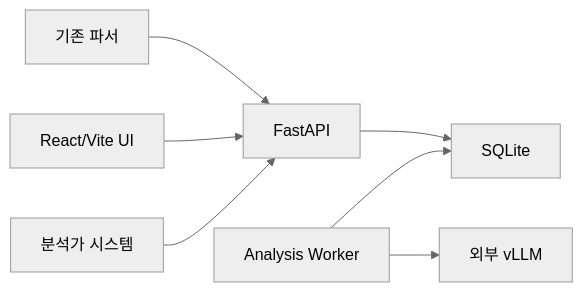
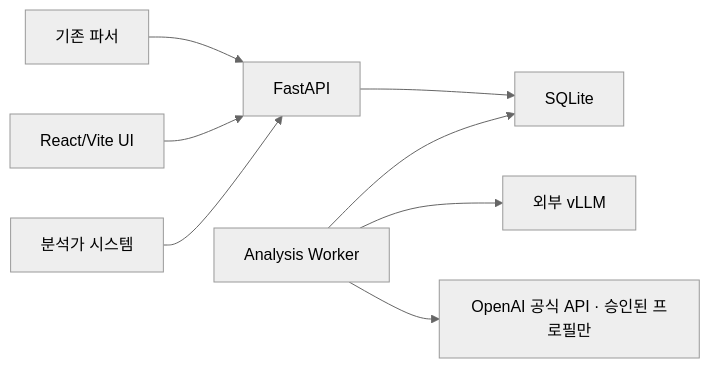
The diagram in WAF_AI_Analysis_Architecture_v0.1.md (nagix999/waf-ai-console), drawn with Mermaid (neutral theme) before and after one commit. The commit also changed other lines of this file and 221 other files, not shown here.

Commit message:
feat: release v0.2.0 with versioned input schemas and analysis metadata

````diff
--- a/WAF_AI_Analysis_Architecture_v0.1.md
+++ b/WAF_AI_Analysis_Architecture_v0.1.md
@@ -71,9 +95,10 @@
 ```mermaid
 flowchart LR
     P["기존 파서"] --> API["FastAPI"]
     UI["React/Vite UI"] --> API
     API --> DB["SQLite"]
     W["Analysis Worker"] --> DB
     W --> V["외부 vLLM"]
+    W --> O["OpenAI 공식 API · 승인된 프로필만"]
     AS["분석가 시스템"] --> API
 ```
````
